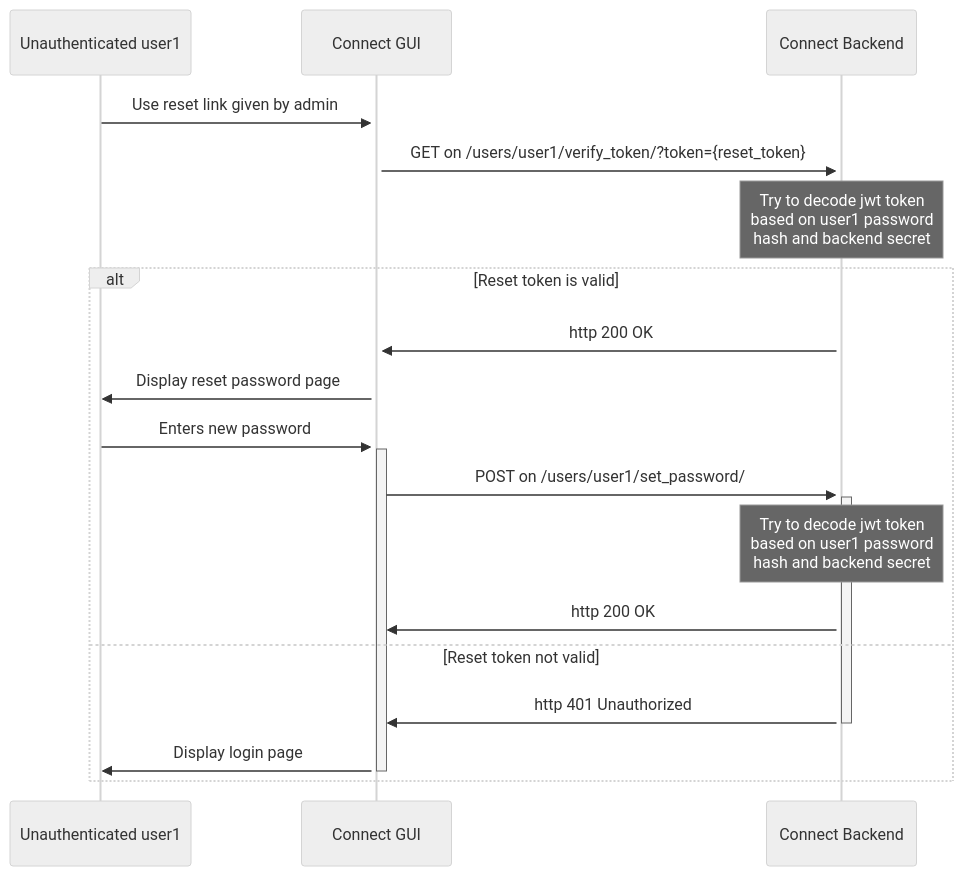
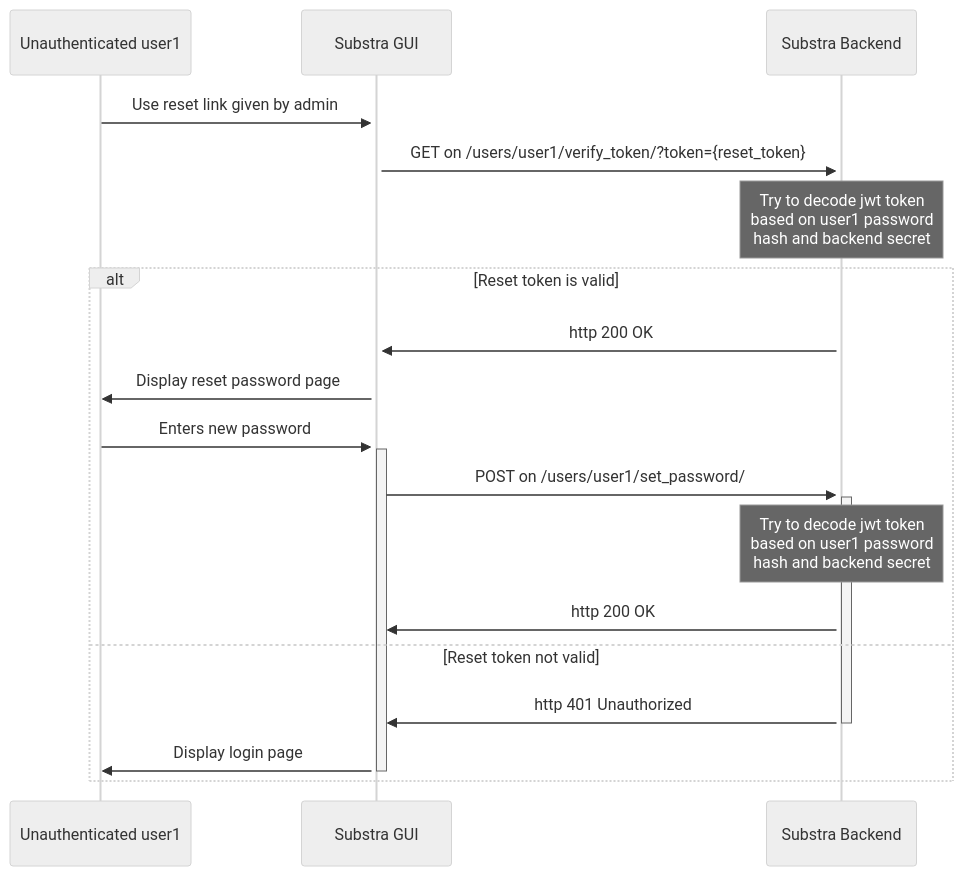
Before and after one commit to Substra/substra-backend: the diagram in docs/schemas/reset-password-flow.mmd, drawn with Mermaid (neutral theme). The commit also changed 20 other files, not shown here.

Commit message:
chore: rename connect to substra (#1302)

```diff
--- a/docs/schemas/reset-password-flow.mmd
+++ b/docs/schemas/reset-password-flow.mmd
@@ -1,18 +1,18 @@
 sequenceDiagram
-    Unauthenticated user1 ->>+ Connect GUI: Use reset link given by admin
-    Connect GUI ->>+ Connect Backend: GET on /users/user1/verify_token/?token={reset_token}
+    Unauthenticated user1 ->>+ Substra GUI: Use reset link given by admin
+    Substra GUI ->>+ Substra Backend: GET on /users/user1/verify_token/?token={reset_token}
 
-    Note over Connect Backend: Try to decode jwt token <br> based on user1 password <br> hash and backend secret
+    Note over Substra Backend: Try to decode jwt token <br> based on user1 password <br> hash and backend secret
 
     alt Reset token is valid
-        Connect Backend ->> Connect GUI: http 200 OK
-        Connect GUI ->> Unauthenticated user1: Display reset password page
-        Unauthenticated user1 ->>+ Connect GUI: Enters new password
-        Connect GUI ->>+ Connect Backend: POST on /users/user1/set_password/
-        Note over Connect Backend: Try to decode jwt token <br> based on user1 password <br> hash and backend secret
-        Connect Backend ->> Connect GUI: http 200 OK
+        Substra Backend ->> Substra GUI: http 200 OK
+        Substra GUI ->> Unauthenticated user1: Display reset password page
+        Unauthenticated user1 ->>+ Substra GUI: Enters new password
+        Substra GUI ->>+ Substra Backend: POST on /users/user1/set_password/
+        Note over Substra Backend: Try to decode jwt token <br> based on user1 password <br> hash and backend secret
+        Substra Backend ->> Substra GUI: http 200 OK
 
     else Reset token not valid
-        Connect Backend ->>- Connect GUI: http 401 Unauthorized
-        Connect GUI ->>- Unauthenticated user1: Display login page
+        Substra Backend ->>- Substra GUI: http 401 Unauthorized
+        Substra GUI ->>- Unauthenticated user1: Display login page
     end
```
